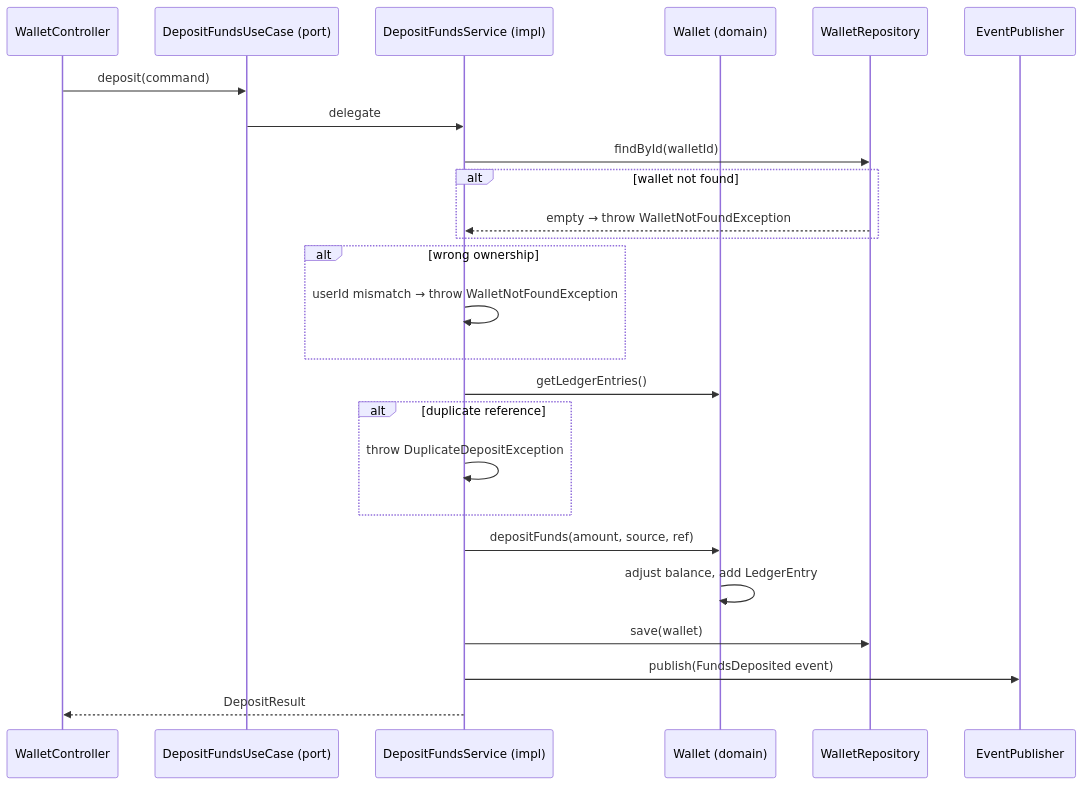
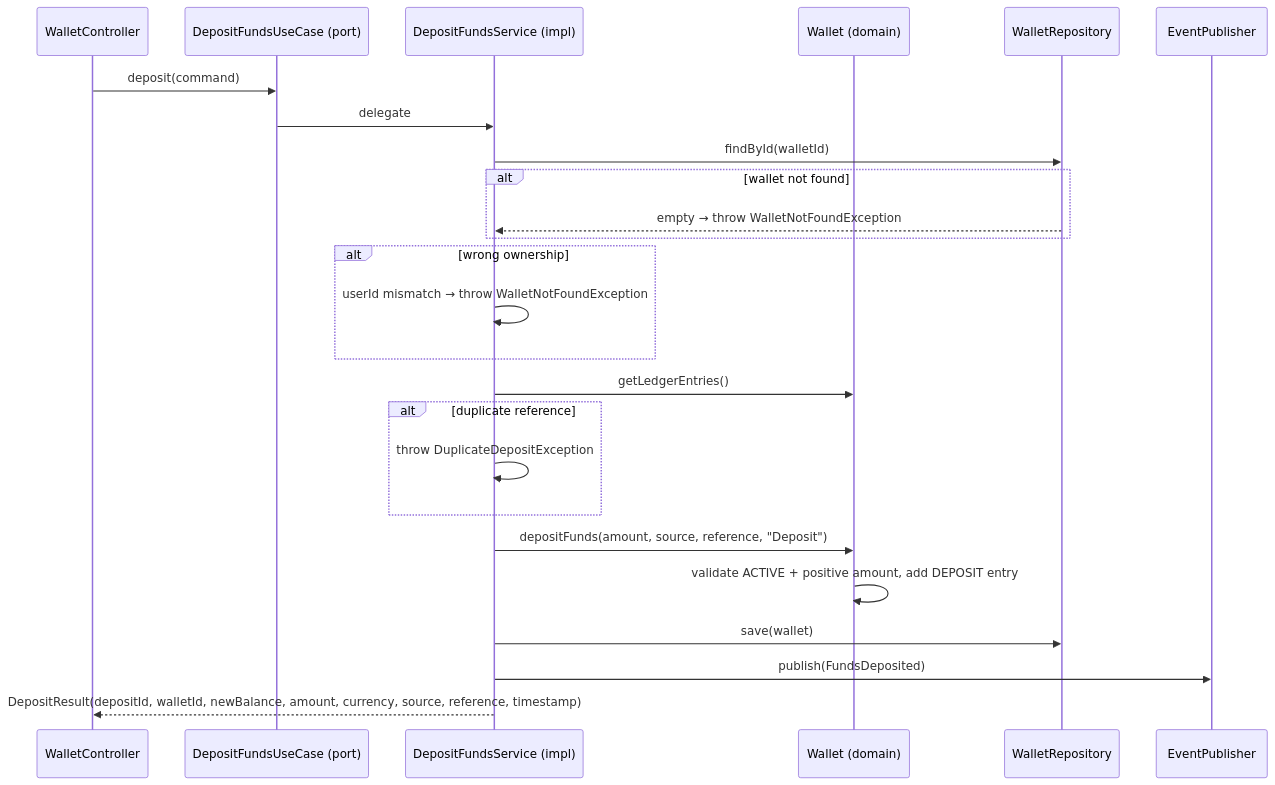
One commit to AlexAlvarezGallardo-GitHub/Aegis changed the diagram in docs/obsidian/04 - Ports/inbound/DepositFundsUseCase.md. Above: the diagram before and after it, drawn with Mermaid. The commit also changed other lines of this file and 87 other files, not shown here.

````diff
--- a/docs/obsidian/04 - Ports/inbound/DepositFundsUseCase.md
+++ b/docs/obsidian/04 - Ports/inbound/DepositFundsUseCase.md
@@ -14,28 +14,28 @@
 ```mermaid
 sequenceDiagram
     participant Ctrl as WalletController
     participant Port as DepositFundsUseCase (port)
     participant Svc as DepositFundsService (impl)
     participant Wallet as Wallet (domain)
     participant Repo as WalletRepository
     participant Event as EventPublisher
 
     Ctrl->>Port: deposit(command)
     Port->>Svc: delegate
     Svc->>Repo: findById(walletId)
     alt wallet not found
         Repo-->>Svc: empty → throw WalletNotFoundException
     end
     alt wrong ownership
         Svc->>Svc: userId mismatch → throw WalletNotFoundException
     end
     Svc->>Wallet: getLedgerEntries()
     alt duplicate reference
         Svc->>Svc: throw DuplicateDepositException
     end
-    Svc->>Wallet: depositFunds(amount, source, ref)
-    Wallet->>Wallet: adjust balance, add LedgerEntry
+    Svc->>Wallet: depositFunds(amount, source, reference, "Deposit")
+    Wallet->>Wallet: validate ACTIVE + positive amount, add DEPOSIT entry
     Svc->>Repo: save(wallet)
-    Svc->>Event: publish(FundsDeposited event)
-    Svc-->>Ctrl: DepositResult
+    Svc->>Event: publish(FundsDeposited)
+    Svc-->>Ctrl: DepositResult(depositId, walletId, newBalance, amount, currency, source, reference, timestamp)
 ```
````
